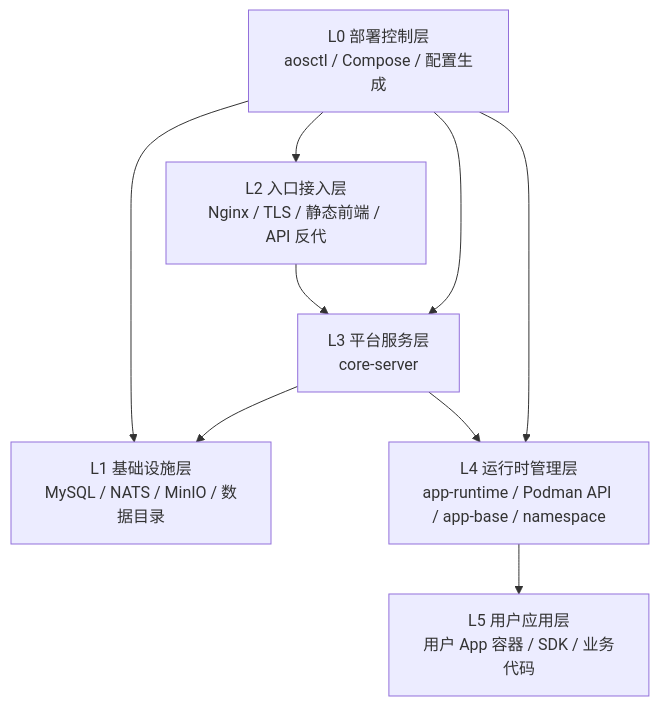
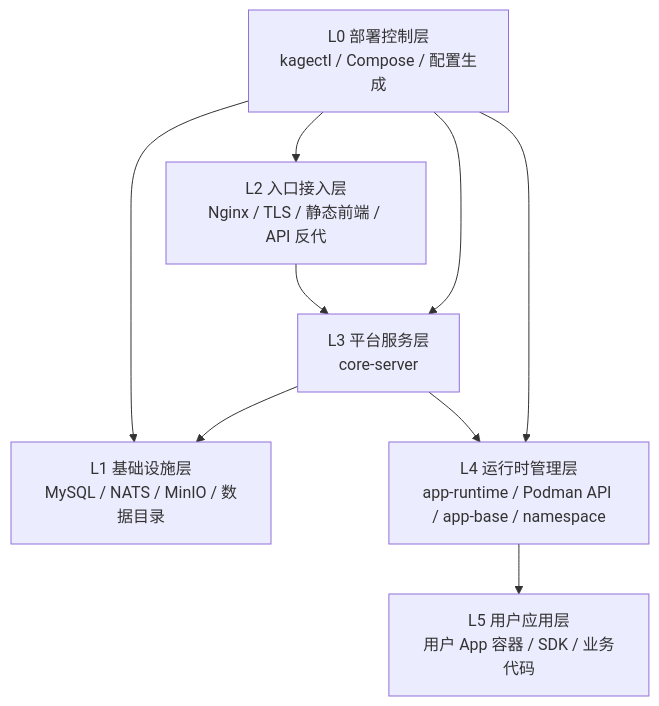
The diagram in deploy/prod/README.md (kageos/kageos), drawn with Mermaid before and after one commit. The commit also changed other lines of this file and 16 other files, not shown here.

````diff
--- a/deploy/prod/README.md
+++ b/deploy/prod/README.md
@@ -18,18 +18,18 @@
 ```mermaid
 flowchart TD
-  L0["L0 部署控制层<br/>aosctl / Compose / 配置生成"]
+  L0["L0 部署控制层<br/>kagectl / Compose / 配置生成"]
   L1["L1 基础设施层<br/>MySQL / NATS / MinIO / 数据目录"]
   L2["L2 入口接入层<br/>Nginx / TLS / 静态前端 / API 反代"]
   L3["L3 平台服务层<br/>core-server"]
   L4["L4 运行时管理层<br/>app-runtime / Podman API / app-base / namespace"]
   L5["L5 用户应用层<br/>用户 App 容器 / SDK / 业务代码"]
 
   L0 --> L1
   L0 --> L2
   L0 --> L3
   L0 --> L4
   L2 --> L3
   L3 --> L1
   L3 --> L4
   L4 --> L5
 ```
````
